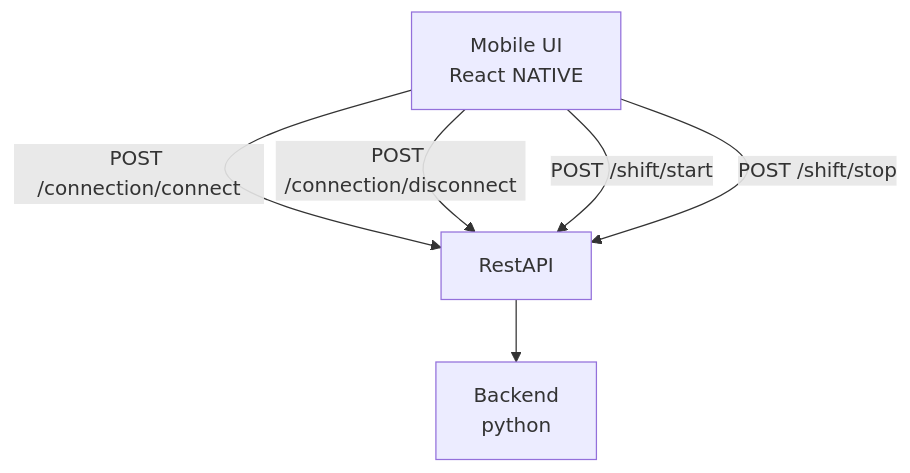
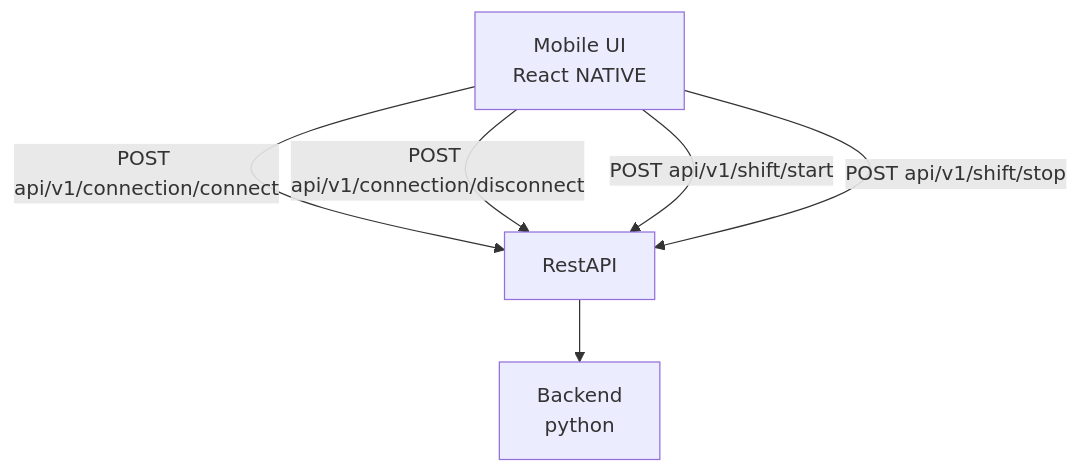
The diagram in contracts/positioning-ingestion/v2/README.md (aau-cph-sw5/case-b-manning-patrol), drawn with Mermaid before and after one commit. The commit also changed other lines of this file and 3 other files, not shown here.

````diff
--- a/contracts/positioning-ingestion/v2/README.md
+++ b/contracts/positioning-ingestion/v2/README.md
@@ -7,8 +7,8 @@
 ```mermaid
 graph TD
-    MobileUI[Mobile UI\nReact NATIVE] -->|POST /connection/connect| RestAPI
-    MobileUI -->|POST /connection/disconnect| RestAPI
-    MobileUI -->|POST /shift/start| RestAPI
-    MobileUI -->|POST /shift/stop| RestAPI
+    MobileUI[Mobile UI\nReact NATIVE] -->|POST api/v1/connection/connect| RestAPI
+    MobileUI -->|POST api/v1/connection/disconnect| RestAPI
+    MobileUI -->|POST api/v1/shift/start| RestAPI
+    MobileUI -->|POST api/v1/shift/stop| RestAPI
     RestAPI[RestAPI] --> Backend[Backend\npython]
 ```
````
